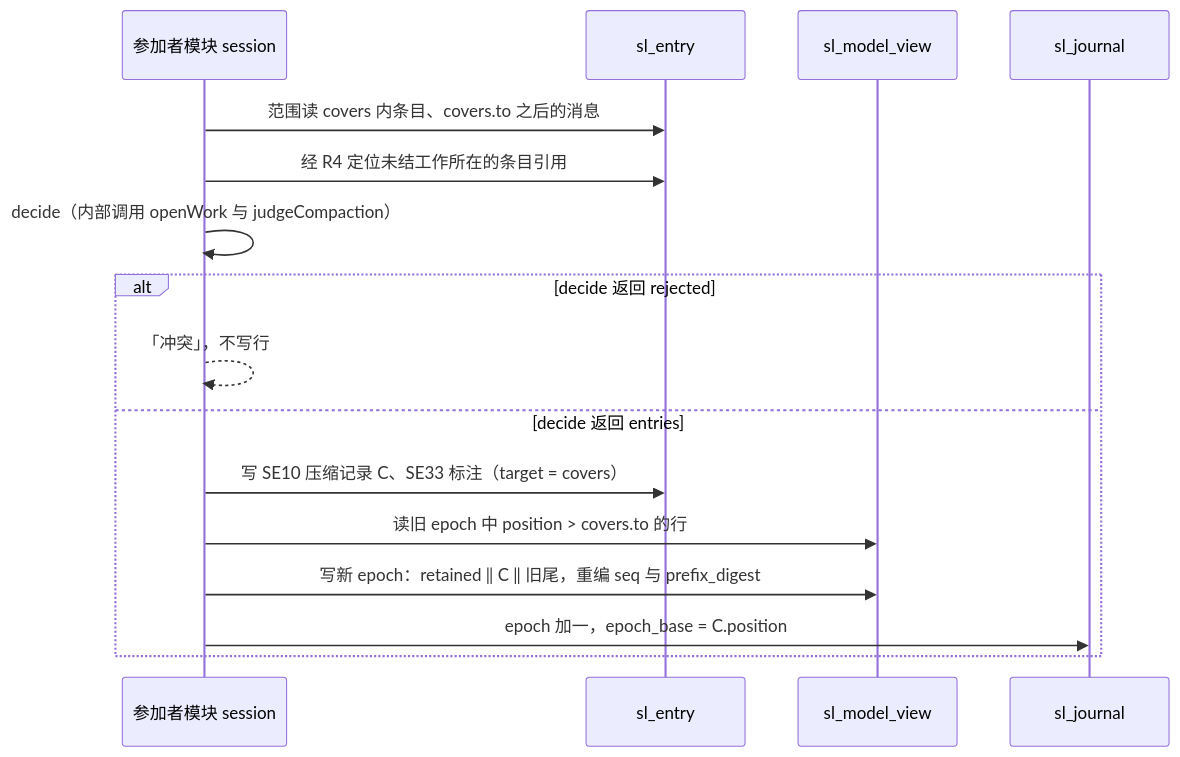
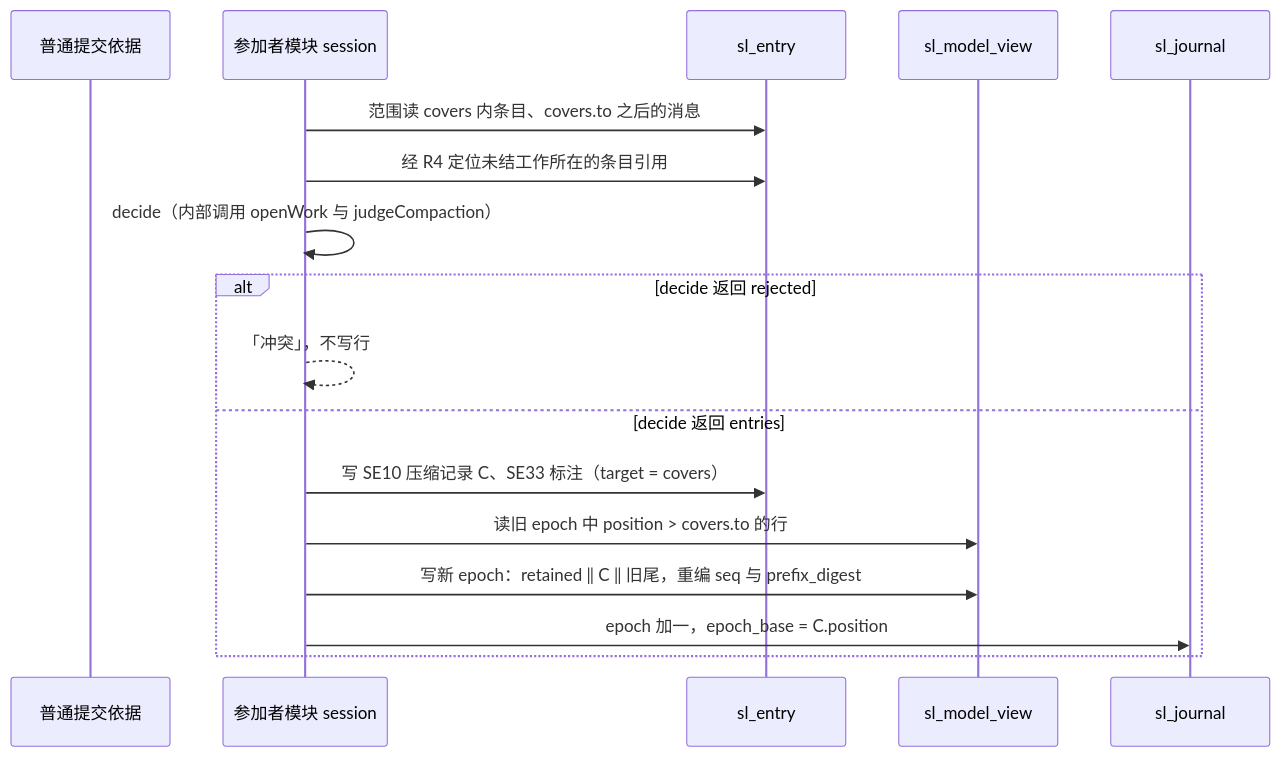
Before and after one commit to nemori-ai/omne-harness-lite: the third of 5 diagrams in packages/session/session-storage-sql/docs/flows.md, drawn with Mermaid. The commit also changed other lines of this file and 484 other files, not shown here.

````diff
--- a/packages/session/session-storage-sql/docs/flows.md
+++ b/packages/session/session-storage-sql/docs/flows.md
@@ -102,18 +110,19 @@
 ```mermaid
 sequenceDiagram
+    participant B as 普通提交依据
     participant M as 参加者模块 session
     participant E as sl_entry
     participant V as sl_model_view
     participant J as sl_journal
     M->>E: 范围读 covers 内条目、covers.to 之后的消息
     M->>E: 经 R4 定位未结工作所在的条目引用
     M->>M: decide（内部调用 openWork 与 judgeCompaction）
     alt decide 返回 rejected
         M-->>M: 「冲突」，不写行
     else decide 返回 entries
         M->>E: 写 SE10 压缩记录 C、SE33 标注（target = covers）
         M->>V: 读旧 epoch 中 position > covers.to 的行
         M->>V: 写新 epoch：retained ‖ C ‖ 旧尾，重编 seq 与 prefix_digest
         M->>J: epoch 加一，epoch_base = C.position
     end
 ```
````
